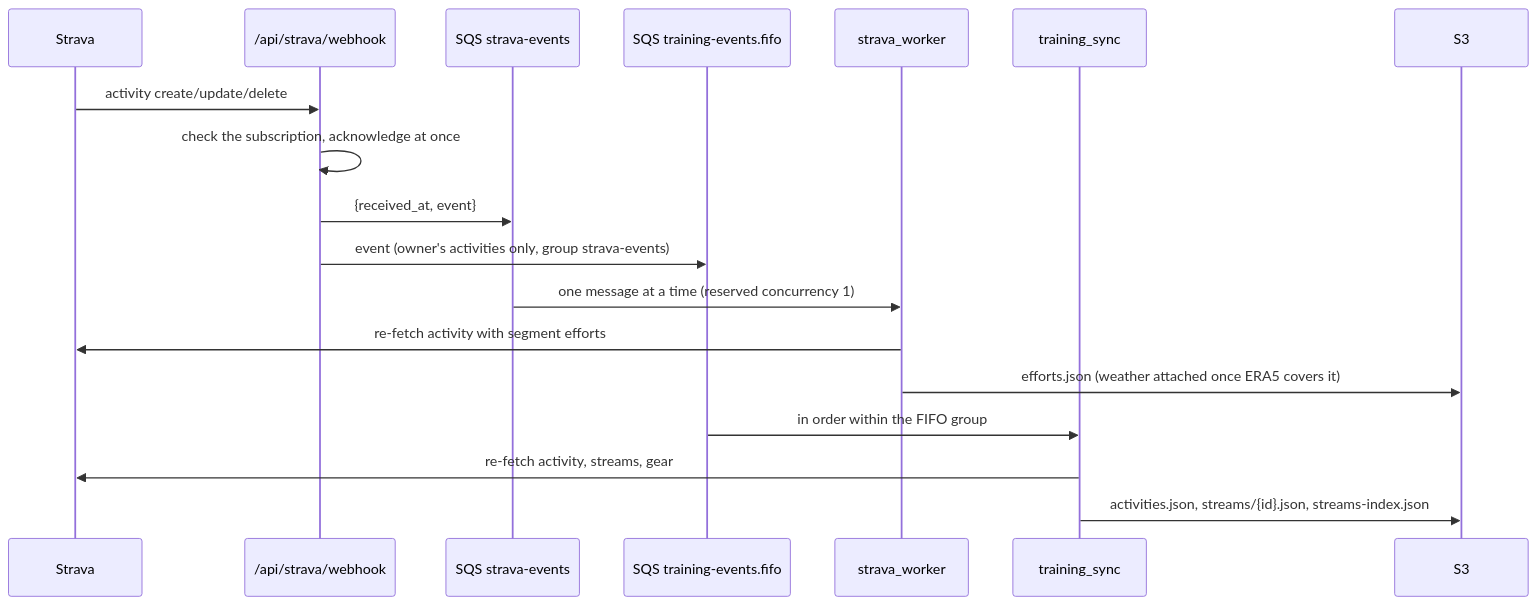
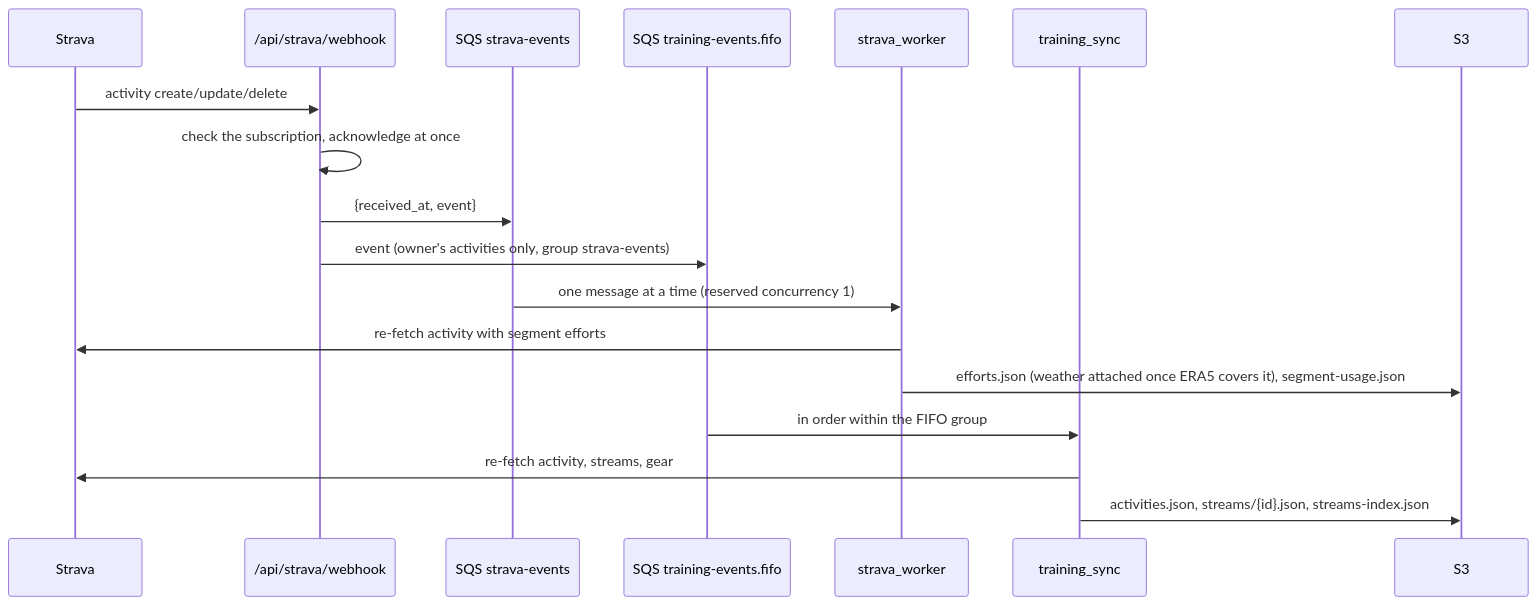
One commit to tiroger/windchaser-ai changed the second of 3 diagrams in README.md. Above: the diagram before and after it, drawn with Mermaid. The commit also changed other lines of this file and 1 other file, not shown here.

````diff
--- a/README.md
+++ b/README.md
@@ -294,21 +347,21 @@
 ```mermaid
 sequenceDiagram
   participant S as Strava
   participant W as /api/strava/webhook
   participant Q1 as SQS strava-events
   participant Q2 as SQS training-events.fifo
   participant L1 as strava_worker
   participant L2 as training_sync
   participant B as S3
 
   S->>W: activity create/update/delete
   W->>W: check the subscription, acknowledge at once
   W->>Q1: {received_at, event}
   W->>Q2: event (owner's activities only, group strava-events)
   Q1->>L1: one message at a time (reserved concurrency 1)
   L1->>S: re-fetch activity with segment efforts
-  L1->>B: efforts.json (weather attached once ERA5 covers it)
+  L1->>B: efforts.json (weather attached once ERA5 covers it), segment-usage.json
   Q2->>L2: in order within the FIFO group
   L2->>S: re-fetch activity, streams, gear
   L2->>B: activities.json, streams/{id}.json, streams-index.json
 ```
````
